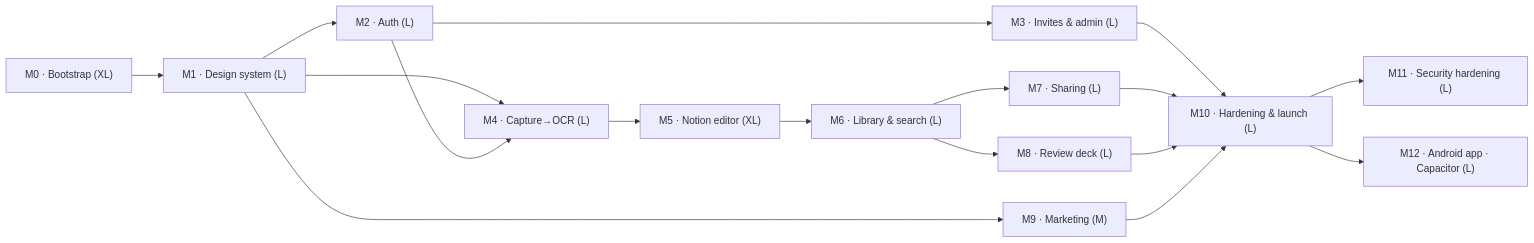
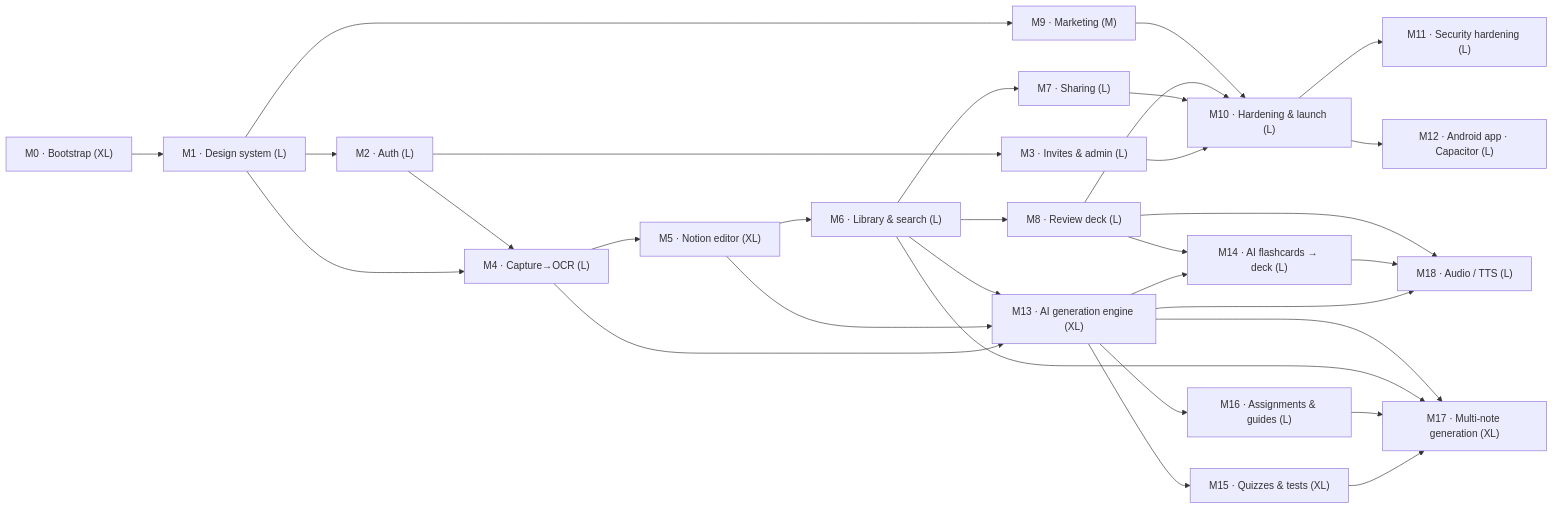
One commit to jasonp2323/transformmynotes changed the first of 2 diagrams in docs/milestones/ROADMAP.md. Above: the diagram before and after it, drawn with Mermaid. The commit also changed other lines of this file and 1 other file, not shown here.

First line of the commit message:
docs: index M13–M18 in roadmap and milestone README

````diff
--- a/docs/milestones/ROADMAP.md
+++ b/docs/milestones/ROADMAP.md
@@ -18,19 +18,33 @@
 ```mermaid
 flowchart LR
   M0["M0 · Bootstrap (XL)"] --> M1["M1 · Design system (L)"]
   M1 --> M2["M2 · Auth (L)"]
   M1 --> M9["M9 · Marketing (M)"]
   M1 --> M4["M4 · Capture→OCR (L)"]
   M2 --> M3["M3 · Invites & admin (L)"]
   M2 --> M4
   M4 --> M5["M5 · Notion editor (XL)"]
   M5 --> M6["M6 · Library & search (L)"]
   M6 --> M7["M7 · Sharing (L)"]
   M6 --> M8["M8 · Review deck (L)"]
   M3 --> M10["M10 · Hardening & launch (L)"]
   M7 --> M10
   M8 --> M10
   M9 --> M10
   M10 --> M11["M11 · Security hardening (L)"]
   M10 --> M12["M12 · Android app · Capacitor (L)"]
+  M4 --> M13["M13 · AI generation engine (XL)"]
+  M5 --> M13
+  M6 --> M13
+  M13 --> M14["M14 · AI flashcards → deck (L)"]
+  M8 --> M14
+  M13 --> M15["M15 · Quizzes & tests (XL)"]
+  M13 --> M16["M16 · Assignments & guides (L)"]
+  M15 --> M17["M17 · Multi-note generation (XL)"]
+  M16 --> M17
+  M6 --> M17
+  M13 --> M17
+  M13 --> M18["M18 · Audio / TTS (L)"]
+  M14 --> M18
+  M8 --> M18
 ```
````
